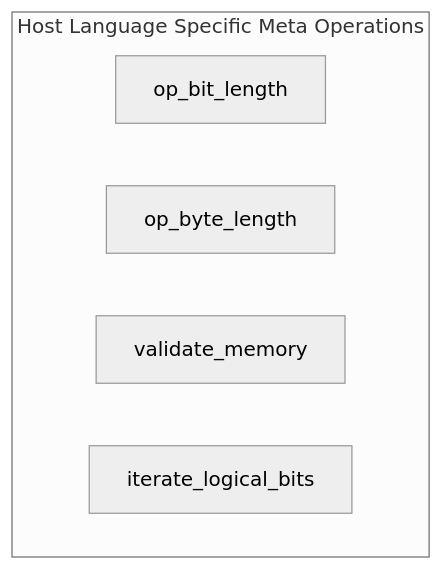
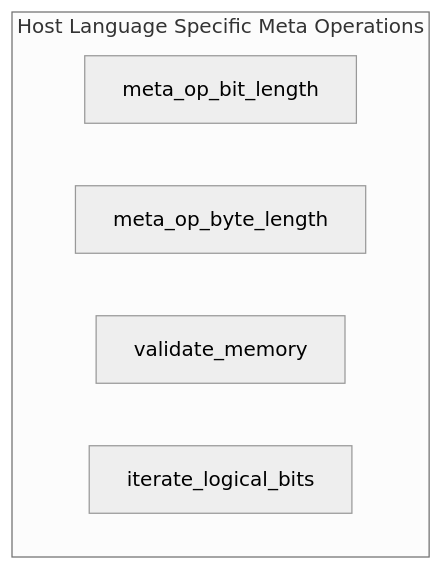
The third of 11 diagrams in README.md (Pebaz/tidbytes), drawn with Mermaid (neutral theme) before and after one commit. The commit also changed other lines of this file and 4 other files, not shown here.

Commit message:
Clarify that bit length is metadata

````diff
--- a/README.md
+++ b/README.md
@@ -39,9 +39,9 @@
 ```mermaid
 graph TD;
     subgraph Host Language Specific Meta Operations
-        op_bit_length
-        op_byte_length
+        meta_op_bit_length
+        meta_op_byte_length
         validate_memory
         iterate_logical_bits
     end
 ```
````
